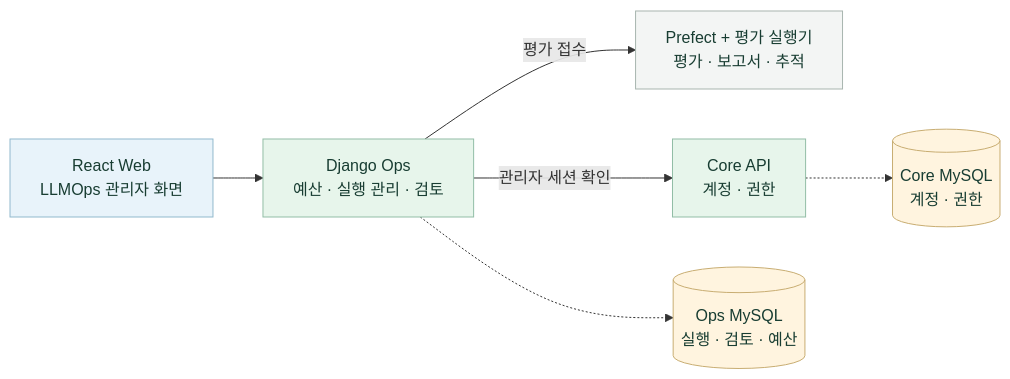
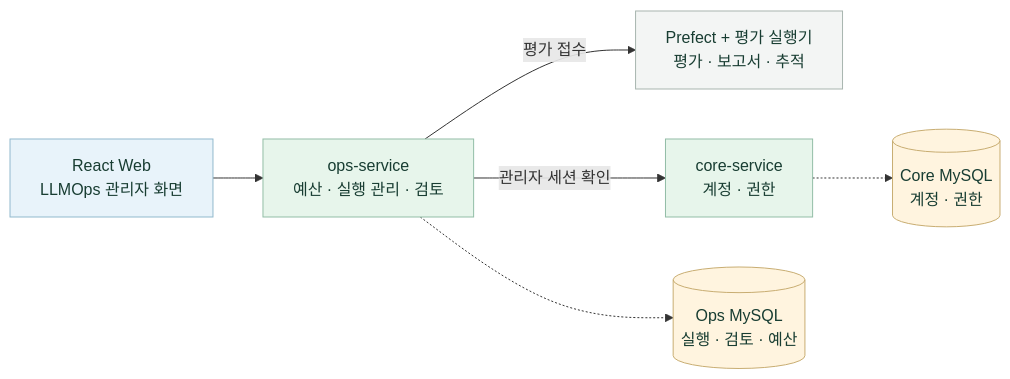
One commit to 20220348-kim/SKN34-4th-1Team changed the fifth of 7 diagrams in README.md. Above: the diagram before and after it, drawn with Mermaid. The commit also changed other lines of this file, not shown here.

````diff
--- a/README.md
+++ b/README.md
@@ -179,16 +179,16 @@
 ```mermaid
 flowchart LR
-    Admin["React Web<br/>LLMOps 관리자 화면"] --> Ops["Django Ops<br/>예산 · 실행 관리 · 검토"]
+    Admin["React Web<br/>LLMOps 관리자 화면"] --> Ops["ops-service<br/>예산 · 실행 관리 · 검토"]
     Ops -->|평가 접수| Evaluation["Prefect + 평가 실행기<br/>평가 · 보고서 · 추적"]
-    Ops -->|관리자 세션 확인| Core["Core API<br/>계정 · 권한"]
+    Ops -->|관리자 세션 확인| Core["core-service<br/>계정 · 권한"]
     Ops -.-> OpsDB[("Ops MySQL<br/>실행 · 검토 · 예산")]
     Core -.-> CoreDB[("Core MySQL<br/>계정 · 권한")]
     classDef client fill:#e8f3fa,stroke:#91b9cd,color:#183d32
     classDef service fill:#e7f5eb,stroke:#92bda6,color:#183d32
     classDef execution fill:#f3f5f4,stroke:#a8b5af,color:#183d32
     classDef storage fill:#fff4df,stroke:#c8ad72,color:#183d32
     class Admin client
     class Ops,Core service
     class Evaluation execution
     class OpsDB,CoreDB storage
 ```
````
